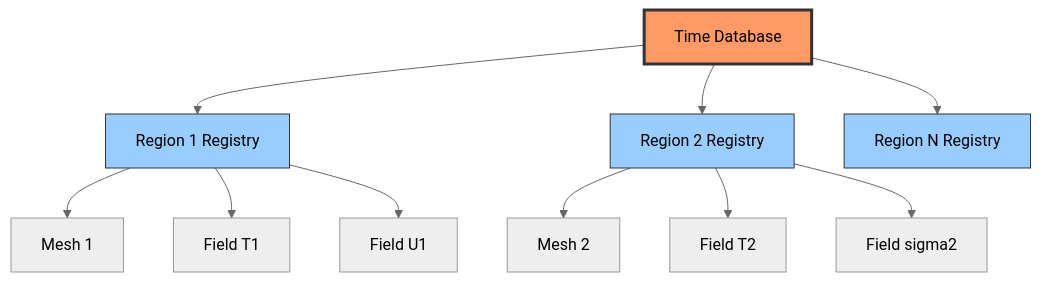
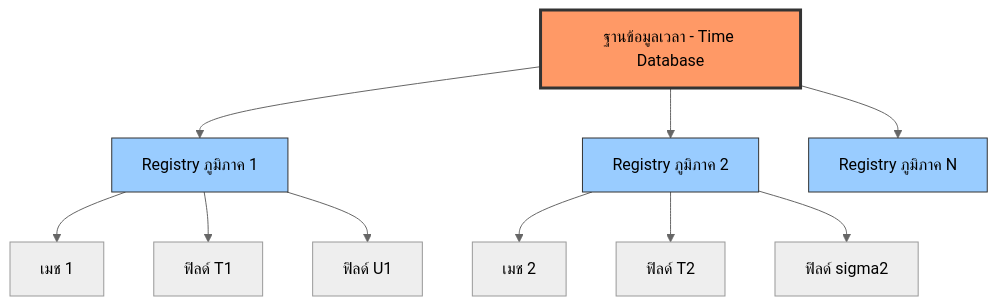
Before and after one commit to wramet/build-my-cfd: the diagram in MODULE_06_ADVANCED_PHYSICS/CONTENT/02_COUPLED_PHYSICS/00_Overview.md, drawn with Mermaid (neutral theme). The commit also changed other lines of this file and 104 other files, not shown here.

````diff
--- a/MODULE_06_ADVANCED_PHYSICS/CONTENT/02_COUPLED_PHYSICS/00_Overview.md
+++ b/MODULE_06_ADVANCED_PHYSICS/CONTENT/02_COUPLED_PHYSICS/00_Overview.md
@@ -270,19 +266,19 @@
 ```mermaid
 graph TD
-    A[Time Database] --> B[Region 1 Registry]
-    A --> C[Region 2 Registry]
-    A --> D[Region N Registry]
+    A[ฐานข้อมูลเวลา - Time Database] --> B[Registry ภูมิภาค 1]
+    A --> C[Registry ภูมิภาค 2]
+    A --> D[Registry ภูมิภาค N]
 
-    B --> B1[Mesh 1]
-    B --> B2[Field T1]
-    B --> B3[Field U1]
+    B --> B1[เมช 1]
+    B --> B2[ฟิลด์ T1]
+    B --> B3[ฟิลด์ U1]
 
-    C --> C1[Mesh 2]
-    C --> C2[Field T2]
-    C --> C3[Field sigma2]
+    C --> C1[เมช 2]
+    C --> C2[ฟิลด์ T2]
+    C --> C3[ฟิลด์ sigma2]
 
     style A fill:#f96,stroke:#333,stroke-width:3px
     style B fill:#9cf,stroke:#333
     style C fill:#9cf,stroke:#333
     style D fill:#9cf,stroke:#333
 ```
````
